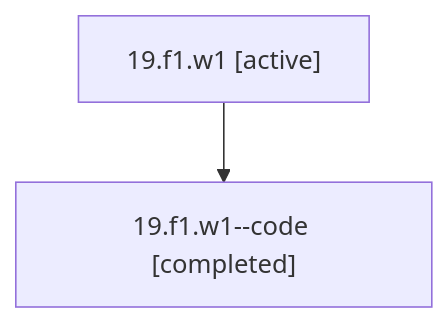
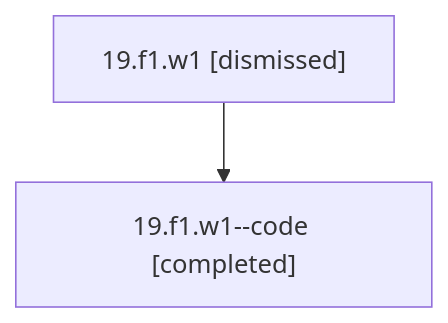
The diagram in sessions/bbugyi200.athena.19.f1.w1.md (bobs-org/bob-cli--agents), drawn with Mermaid before and after one commit. The commit also changed other lines of this file and 18 other files, not shown here.

````diff
--- a/sessions/bbugyi200.athena.19.f1.w1.md
+++ b/sessions/bbugyi200.athena.19.f1.w1.md
@@ -9,6 +9,6 @@
 ```mermaid
 flowchart TD
-  n0["19.f1.w1 [active]"]
+  n0["19.f1.w1 [dismissed]"]
   n1["19.f1.w1--code [completed]"]
   n0 --> n1
 ```
````
